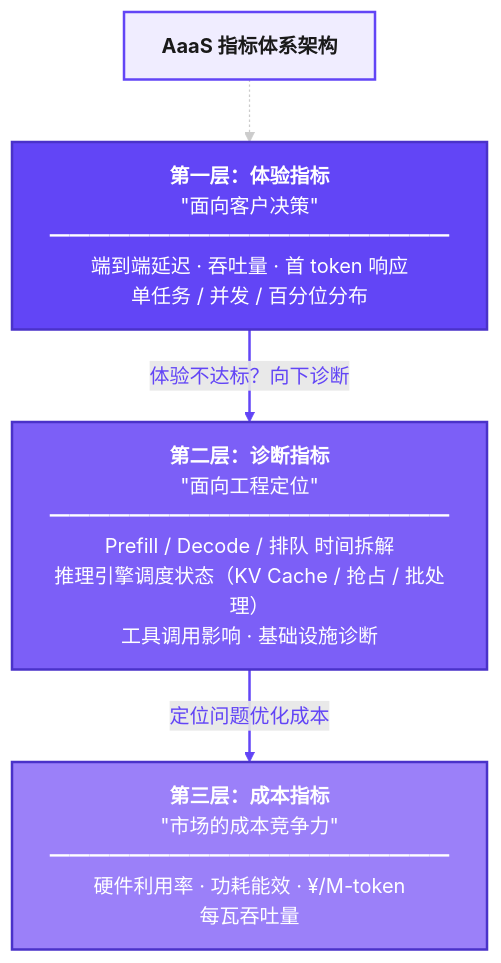
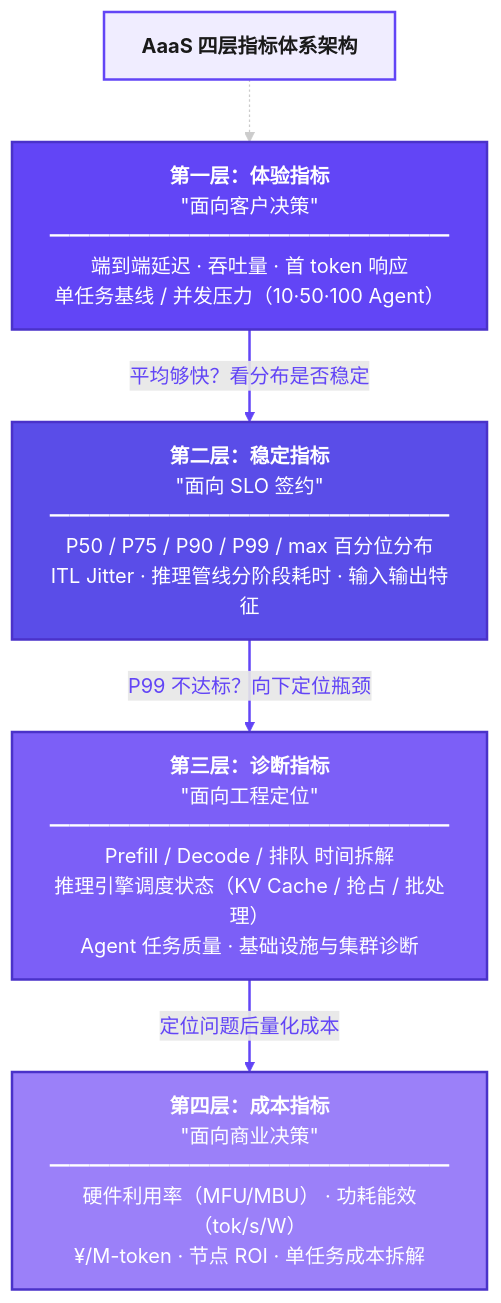
The third of 3 diagrams in AaaS 验证平台/AaaS-PRD.md (hanjoycai/42Vector-obsidian), drawn with Mermaid before and after one commit. The commit also changed other lines of this file and 4 other files, not shown here.

````diff
--- a/AaaS 验证平台/AaaS-PRD.md
+++ b/AaaS 验证平台/AaaS-PRD.md
@@ -952,22 +953,27 @@
 ```mermaid
 flowchart TB
-    title["<b>AaaS 指标体系架构</b>"]
+    title["<b>AaaS 四层指标体系架构</b>"]
     style title fill:#f0edff,stroke:#6245f6,stroke-width:2px,color:#1a1a1a
 
-    L1["<b>第一层：体验指标</b><br/>&quot;面向客户决策&quot;<br/>━━━━━━━━━━━━━━━━━━━━<br/>端到端延迟 · 吞吐量 · 首 token 响应<br/>单任务 / 并发 / 百分位分布"]
+    L1["<b>第一层：体验指标</b><br/>&quot;面向客户决策&quot;<br/>━━━━━━━━━━━━━━━━━━━━<br/>端到端延迟 · 吞吐量 · 首 token 响应<br/>单任务基线 / 并发压力（10·50·100 Agent）"]
     style L1 fill:#6245f6,stroke:#4a32c9,stroke-width:2px,color:#ffffff
 
-    L2["<b>第二层：诊断指标</b><br/>&quot;面向工程定位&quot;<br/>━━━━━━━━━━━━━━━━━━━━<br/>Prefill / Decode / 排队 时间拆解<br/>推理引擎调度状态（KV Cache / 抢占 / 批处理）<br/>工具调用影响 · 基础设施诊断"]
+    L1b["<b>第二层：稳定指标</b><br/>&quot;面向 SLO 签约&quot;<br/>━━━━━━━━━━━━━━━━━━━━<br/>P50 / P75 / P90 / P99 / max 百分位分布<br/>ITL Jitter · 推理管线分阶段耗时 · 输入输出特征"]
+    style L1b fill:#5a4de8,stroke:#4a32c9,stroke-width:2px,color:#ffffff
+
+    L2["<b>第三层：诊断指标</b><br/>&quot;面向工程定位&quot;<br/>━━━━━━━━━━━━━━━━━━━━<br/>Prefill / Decode / 排队 时间拆解<br/>推理引擎调度状态（KV Cache / 抢占 / 批处理）<br/>Agent 任务质量 · 基础设施与集群诊断"]
     style L2 fill:#7c5ff7,stroke:#4a32c9,stroke-width:2px,color:#ffffff
 
-    L3["<b>第三层：成本指标</b><br/>&quot;市场的成本竞争力&quot;<br/>━━━━━━━━━━━━━━━━━━━━<br/>硬件利用率 · 功耗能效 · ¥/M-token<br/>每瓦吞吐量"]
+    L3["<b>第四层：成本指标</b><br/>&quot;面向商业决策&quot;<br/>━━━━━━━━━━━━━━━━━━━━<br/>硬件利用率（MFU/MBU） · 功耗能效（tok/s/W）<br/>¥/M-token · 节点 ROI · 单任务成本拆解"]
     style L3 fill:#9b80f9,stroke:#4a32c9,stroke-width:2px,color:#ffffff
 
     title -.-> L1
-    L1 -->|"体验不达标？向下诊断"| L2
-    L2 -->|"定位问题优化成本"| L3
+    L1 -->|"平均够快？看分布是否稳定"| L1b
+    L1b -->|"P99 不达标？向下定位瓶颈"| L2
+    L2 -->|"定位问题后量化成本"| L3
 
     linkStyle 0 stroke:#cccccc,stroke-width:1px
     linkStyle 1 stroke:#6245f6,stroke-width:2px,color:#6245f6
     linkStyle 2 stroke:#6245f6,stroke-width:2px,color:#6245f6
+    linkStyle 3 stroke:#6245f6,stroke-width:2px,color:#6245f6
 ```
````
